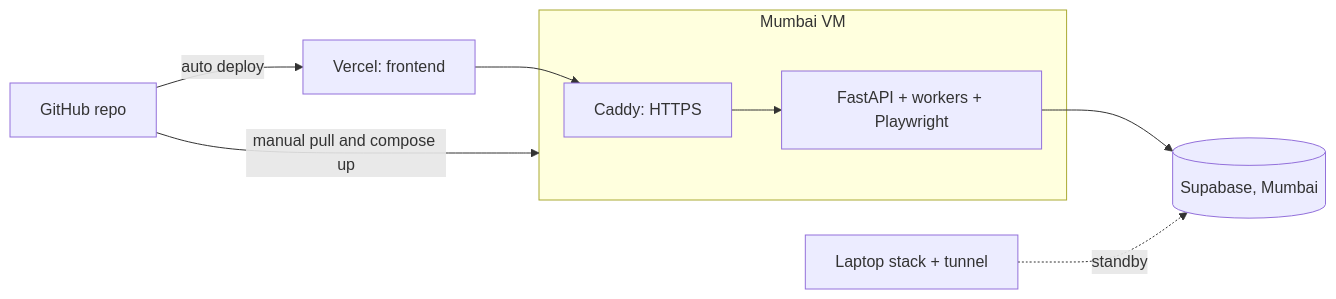
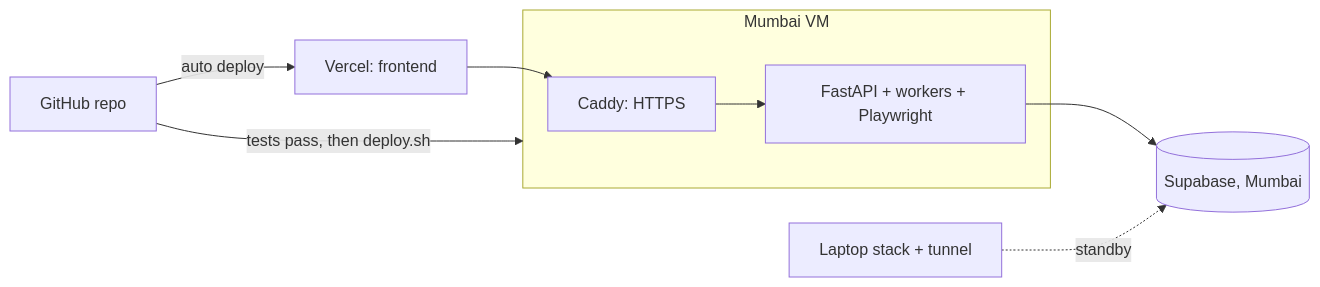
One commit to Deepak1230987/hackthon changed the fifth of 5 diagrams in docs/HLD.md. Above: the diagram before and after it, drawn with Mermaid. The commit also changed 7 other files, not shown here.

````diff
--- a/docs/HLD.md
+++ b/docs/HLD.md
@@ -247,11 +247,11 @@
 ```mermaid
 flowchart LR
     GH[GitHub repo] -->|auto deploy| V[Vercel: frontend]
-    GH -->|manual pull and compose up| VM
+    GH -->|tests pass, then deploy.sh| VM
     subgraph VM[Mumbai VM]
       C[Caddy: HTTPS] --> APP[FastAPI + workers + Playwright]
     end
     V --> C
     APP --> SB[(Supabase, Mumbai)]
     LP[Laptop stack + tunnel] -.standby.-> SB
 ```
````
